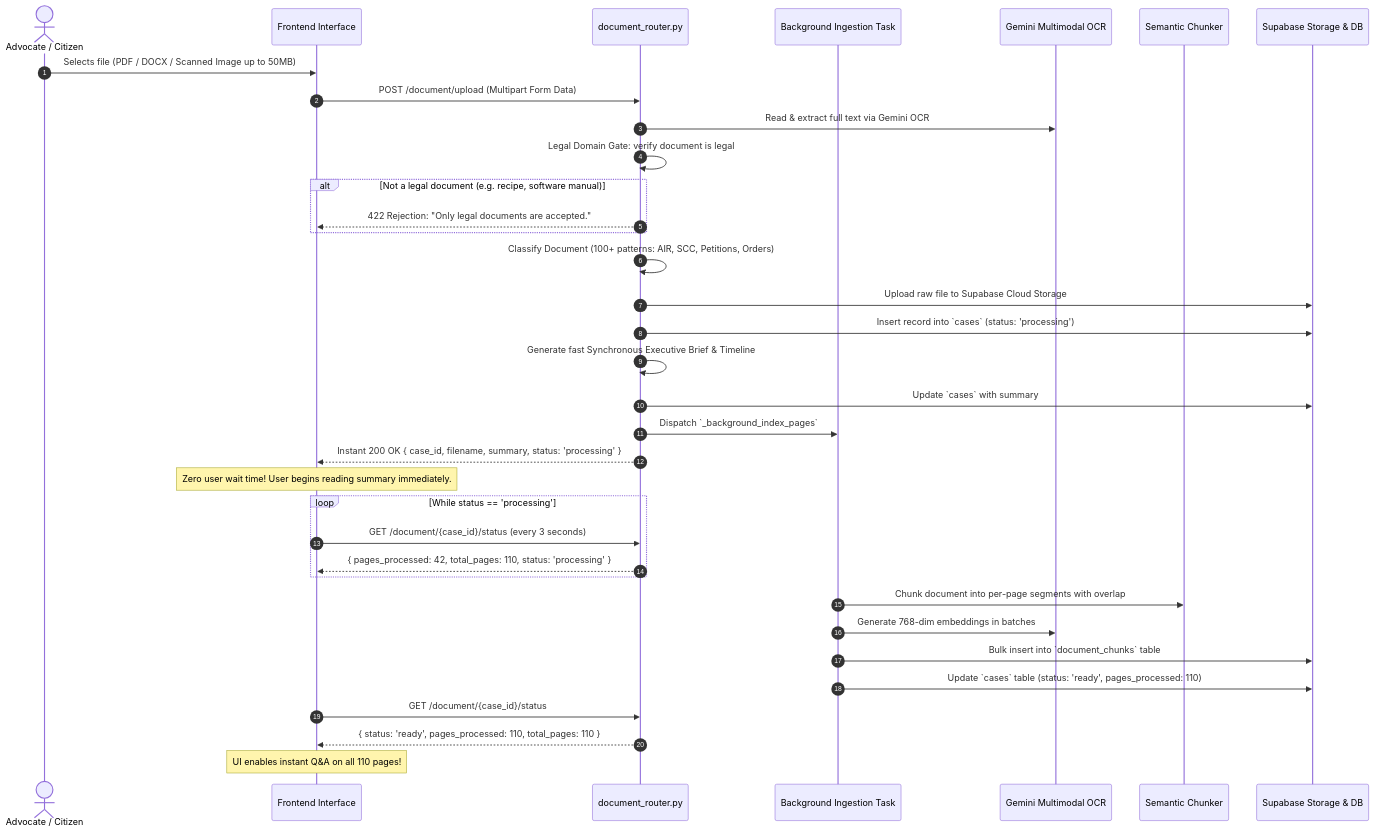
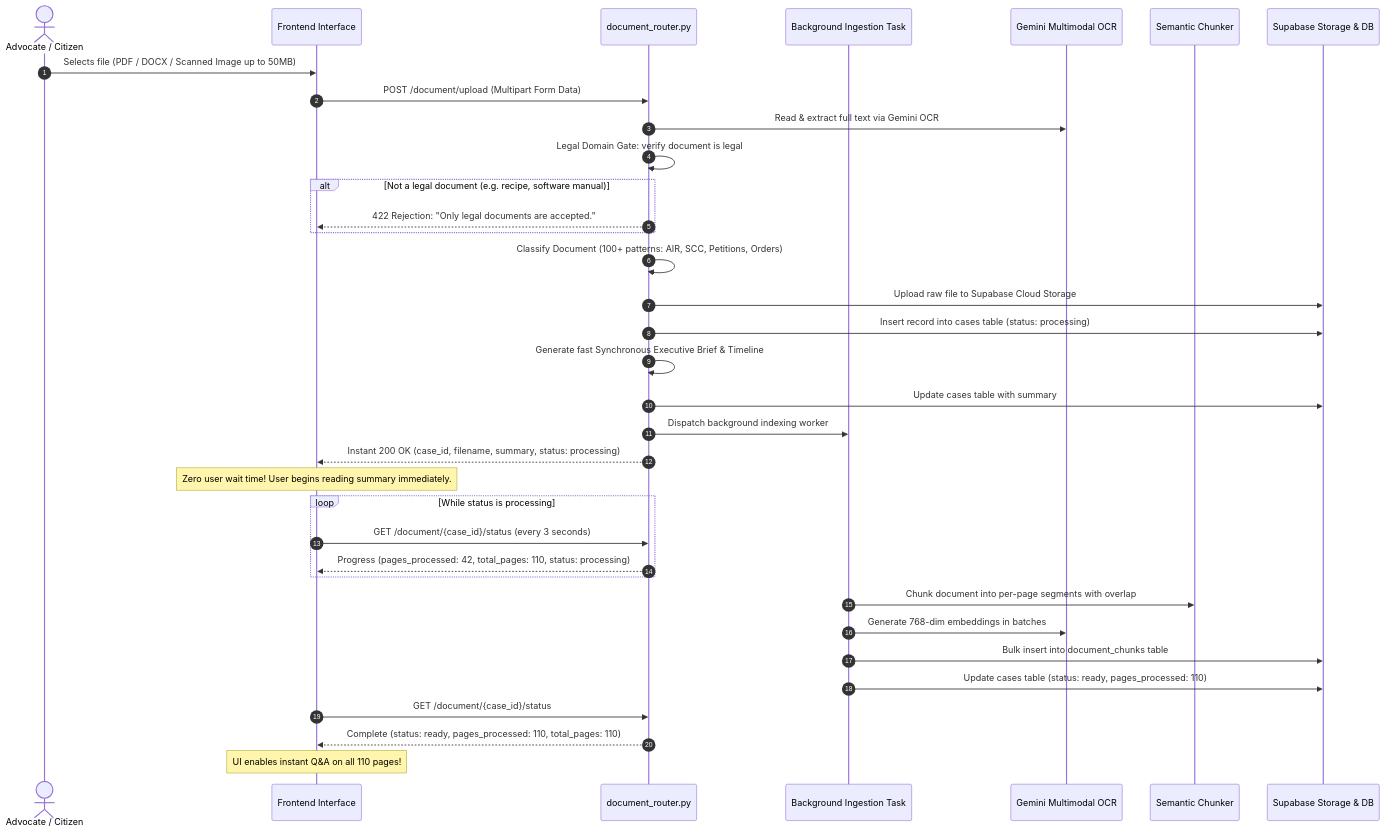
Before and after one commit to tanisha-64/NyayaPramaan: the sixth of 10 diagrams in README.md, drawn with Mermaid. The commit also changed other lines of this file, not shown here.

Commit message:
docs: audit and fix all mermaid diagrams, security placeholders, and technical claims

````diff
--- a/README.md
+++ b/README.md
@@ -484,42 +508,42 @@
 ```mermaid
 sequenceDiagram
     autonumber
     actor User as Advocate / Citizen
     participant UI as Frontend Interface
     participant Route as document_router.py
     participant Worker as Background Ingestion Task
     participant Gemini as Gemini Multimodal OCR
     participant Chunker as Semantic Chunker
     participant Store as Supabase Storage & DB
 
     User->>UI: Selects file (PDF / DOCX / Scanned Image up to 50MB)
     UI->>Route: POST /document/upload (Multipart Form Data)
     Route->>Gemini: Read & extract full text via Gemini OCR
     Route->>Route: Legal Domain Gate: verify document is legal
     alt Not a legal document (e.g. recipe, software manual)
         Route-->>UI: 422 Rejection: "Only legal documents are accepted."
     end
 
     Route->>Route: Classify Document (100+ patterns: AIR, SCC, Petitions, Orders)
     Route->>Store: Upload raw file to Supabase Cloud Storage
-    Route->>Store: Insert record into `cases` (status: 'processing')
+    Route->>Store: Insert record into cases table (status: processing)
     Route->>Route: Generate fast Synchronous Executive Brief & Timeline
-    Route->>Store: Update `cases` with summary
-    Route->>Worker: Dispatch `_background_index_pages`
-    Route-->>UI: Instant 200 OK { case_id, filename, summary, status: 'processing' }
+    Route->>Store: Update cases table with summary
+    Route->>Worker: Dispatch background indexing worker
+    Route-->>UI: Instant 200 OK (case_id, filename, summary, status: processing)
     Note over UI: Zero user wait time! User begins reading summary immediately.
 
-    loop While status == 'processing'
+    loop While status is processing
         UI->>Route: GET /document/{case_id}/status (every 3 seconds)
-        Route-->>UI: { pages_processed: 42, total_pages: 110, status: 'processing' }
+        Route-->>UI: Progress (pages_processed: 42, total_pages: 110, status: processing)
     end
 
     Worker->>Chunker: Chunk document into per-page segments with overlap
     Worker->>Gemini: Generate 768-dim embeddings in batches
-    Worker->>Store: Bulk insert into `document_chunks` table
-    Worker->>Store: Update `cases` table (status: 'ready', pages_processed: 110)
+    Worker->>Store: Bulk insert into document_chunks table
+    Worker->>Store: Update cases table (status: ready, pages_processed: 110)
 
     UI->>Route: GET /document/{case_id}/status
-    Route-->>UI: { status: 'ready', pages_processed: 110, total_pages: 110 }
+    Route-->>UI: Complete (status: ready, pages_processed: 110, total_pages: 110)
     Note over UI: UI enables instant Q&A on all 110 pages!
 ```
````
